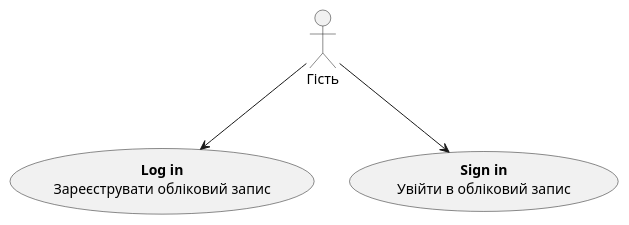
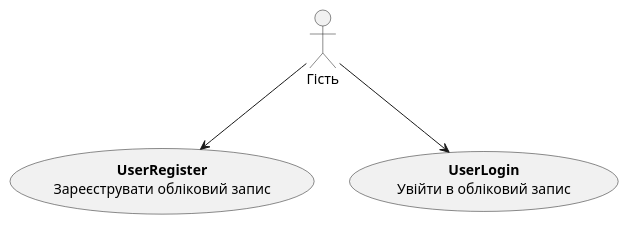
One commit to semenyaka08/media-content-api changed the second of 4 diagrams in docs/use cases/README.md. Above: the diagram before and after it, drawn with PlantUML. The commit also changed other lines of this file, not shown here.

Commit message:
Add general use case diagram and description, improve guest diagram

```diff
--- a/docs/use cases/README.md
+++ b/docs/use cases/README.md
@@ -35,11 +58,11 @@
 @startuml
 
 actor "Гість" as Guest
 
-usecase "<b>Log in</b>\nЗареєструвати обліковий запис" as UC_1
-usecase "<b>Sign in</b>\nУвійти в обліковий запис" as UC_2
+usecase "<b>UserRegister</b>\nЗареєструвати обліковий запис" as UC_1
+usecase "<b>UserLogin</b>\nУвійти в обліковий запис" as UC_2
 
 Guest -d-> UC_1
 Guest -d-> UC_2
 
 @enduml
```
